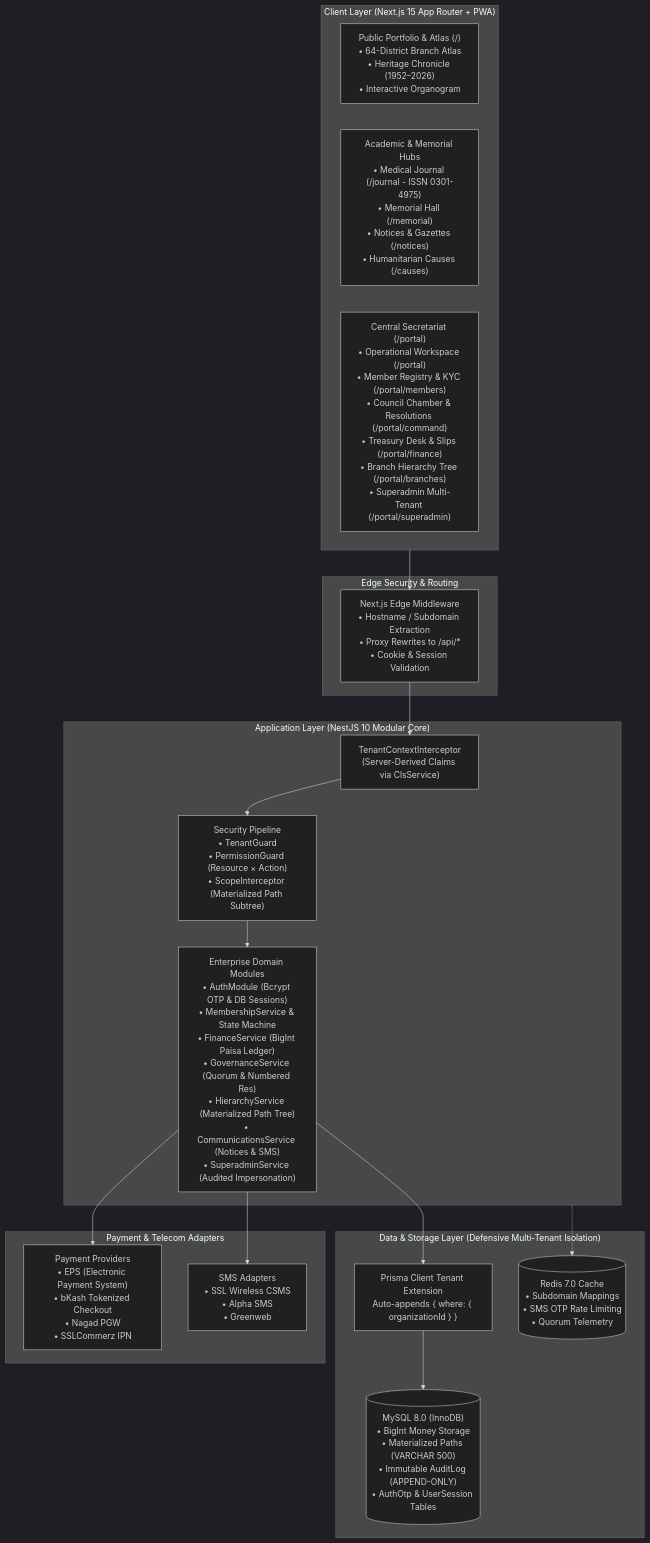
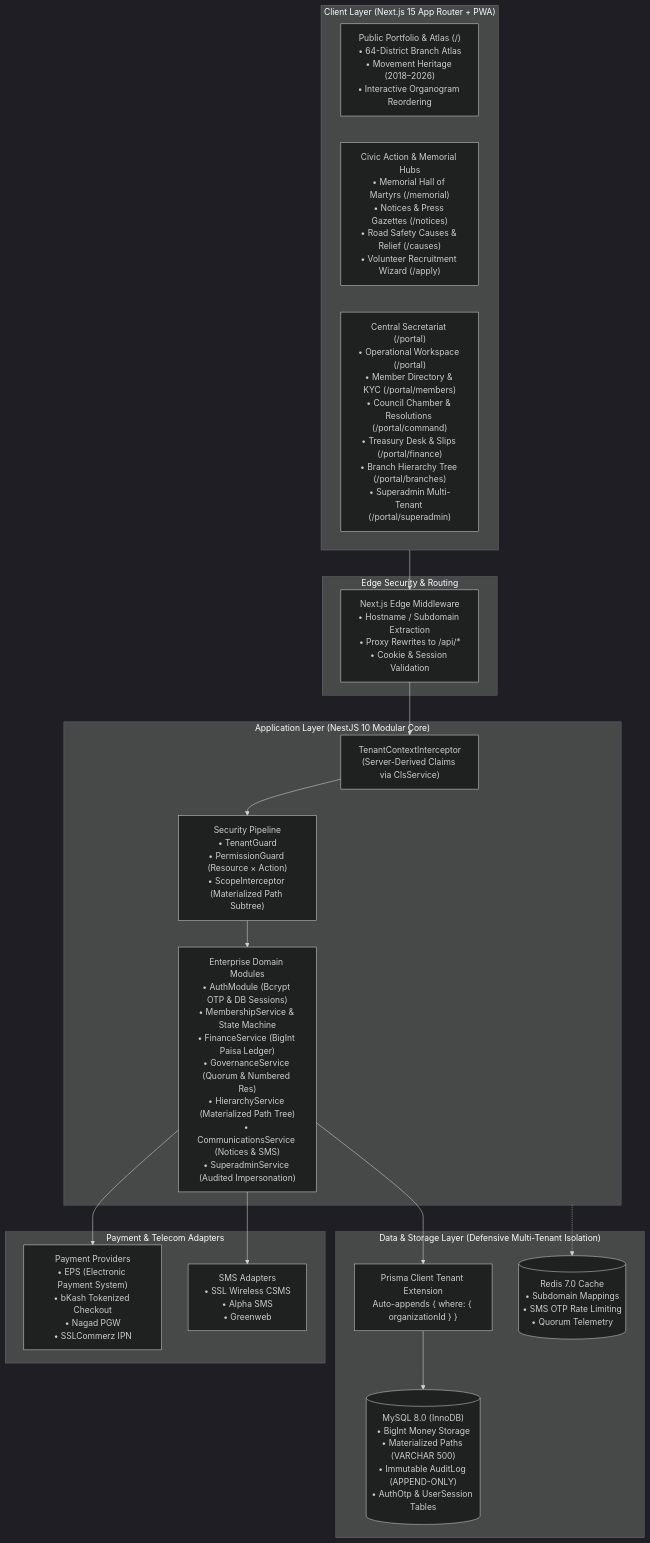
Before and after one commit to beingmushfiq/ORG-Management-System: the diagram in README.md, drawn with Mermaid (dark theme). The commit also changed other lines of this file and 24 other files, not shown here.

Commit message:
feat: rebrand to Road Safety Movement, add precise 64-district map, drag-and-drop organogram, and update docs

````diff
--- a/README.md
+++ b/README.md
@@ -40,39 +44,39 @@
 ```mermaid
 flowchart TB
     subgraph ClientLayer ["Client Layer (Next.js 15 App Router + PWA)"]
-        PublicWeb["Public Portfolio & Atlas (/)\n• 64-District Branch Atlas\n• Heritage Chronicle (1952–2026)\n• Interactive Organogram"]
-        PublicPortals["Academic & Memorial Hubs\n• Medical Journal (/journal - ISSN 0301-4975)\n• Memorial Hall (/memorial)\n• Notices & Gazettes (/notices)\n• Humanitarian Causes (/causes)"]
-        MemberPortal["Central Secretariat (/portal)\n• Operational Workspace (/portal)\n• Member Registry & KYC (/portal/members)\n• Council Chamber & Resolutions (/portal/command)\n• Treasury Desk & Slips (/portal/finance)\n• Branch Hierarchy Tree (/portal/branches)\n• Superadmin Multi-Tenant (/portal/superadmin)"]
+        PublicWeb["Public Portfolio & Atlas (/)\n• 64-District Branch Atlas\n• Movement Heritage (2018–2026)\n• Interactive Organogram Reordering"]
+        PublicPortals["Civic Action & Memorial Hubs\n• Memorial Hall of Martyrs (/memorial)\n• Notices & Press Gazettes (/notices)\n• Road Safety Causes & Relief (/causes)\n• Volunteer Recruitment Wizard (/apply)"]
+        MemberPortal["Central Secretariat (/portal)\n• Operational Workspace (/portal)\n• Member Directory & KYC (/portal/members)\n• Council Chamber & Resolutions (/portal/command)\n• Treasury Desk & Slips (/portal/finance)\n• Branch Hierarchy Tree (/portal/branches)\n• Superadmin Multi-Tenant (/portal/superadmin)"]
     end
 
     subgraph EdgeLayer ["Edge Security & Routing"]
         EdgeMiddleware["Next.js Edge Middleware\n• Hostname / Subdomain Extraction\n• Proxy Rewrites to /api/*\n• Cookie & Session Validation"]
     end
 
     subgraph BackendLayer ["Application Layer (NestJS 10 Modular Core)"]
         TenantContext["TenantContextInterceptor\n(Server-Derived Claims via ClsService)"]
         Guards["Security Pipeline\n• TenantGuard\n• PermissionGuard (Resource × Action)\n• ScopeInterceptor (Materialized Path Subtree)"]
         Modules["Enterprise Domain Modules\n• AuthModule (Bcrypt OTP & DB Sessions)\n• MembershipService & State Machine\n• FinanceService (BigInt Paisa Ledger)\n• GovernanceService (Quorum & Numbered Res)\n• HierarchyService (Materialized Path Tree)\n• CommunicationsService (Notices & SMS)\n• SuperadminService (Audited Impersonation)"]
     end
 
     subgraph GatewayLayer ["Payment & Telecom Adapters"]
         Payments["Payment Providers\n• EPS (Electronic Payment System)\n• bKash Tokenized Checkout\n• Nagad PGW\n• SSLCommerz IPN"]
         Telecom["SMS Adapters\n• SSL Wireless CSMS\n• Alpha SMS\n• Greenweb"]
     end
 
     subgraph DataLayer ["Data & Storage Layer (Defensive Multi-Tenant Isolation)"]
         PrismaExt["Prisma Client Tenant Extension\nAuto-appends { where: { organizationId } }"]
         MySQL[("MySQL 8.0 (InnoDB)\n• BigInt Money Storage\n• Materialized Paths (VARCHAR 500)\n• Immutable AuditLog (APPEND-ONLY)\n• AuthOtp & UserSession Tables")]
         Redis[("Redis 7.0 Cache\n• Subdomain Mappings\n• SMS OTP Rate Limiting\n• Quorum Telemetry")]
     end
 
     ClientLayer --> EdgeMiddleware
     EdgeMiddleware --> TenantContext
     TenantContext --> Guards
     Guards --> Modules
     Modules --> Payments
     Modules --> Telecom
     Modules --> PrismaExt
     PrismaExt --> MySQL
     BackendLayer -.-> Redis
 ```
````
